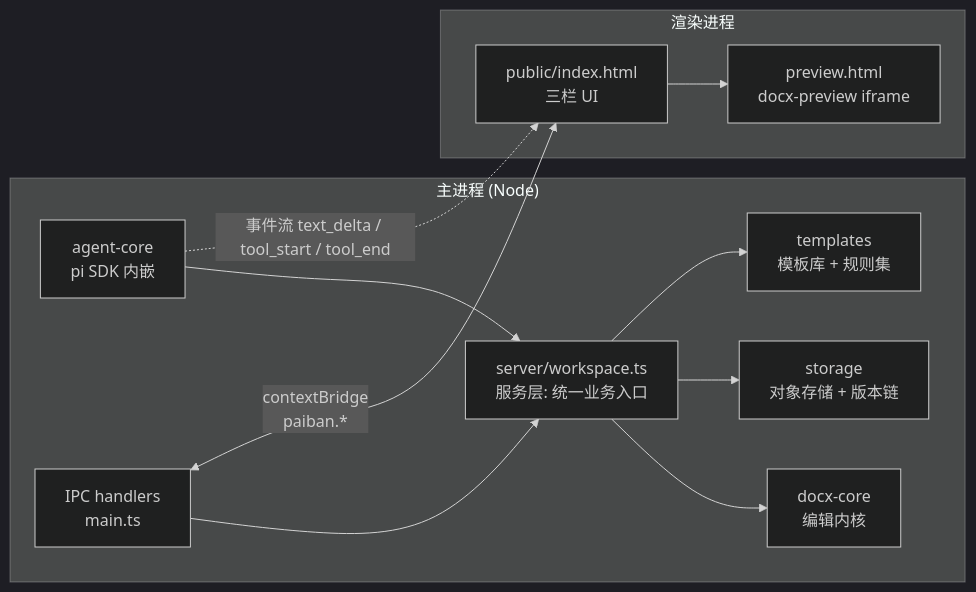
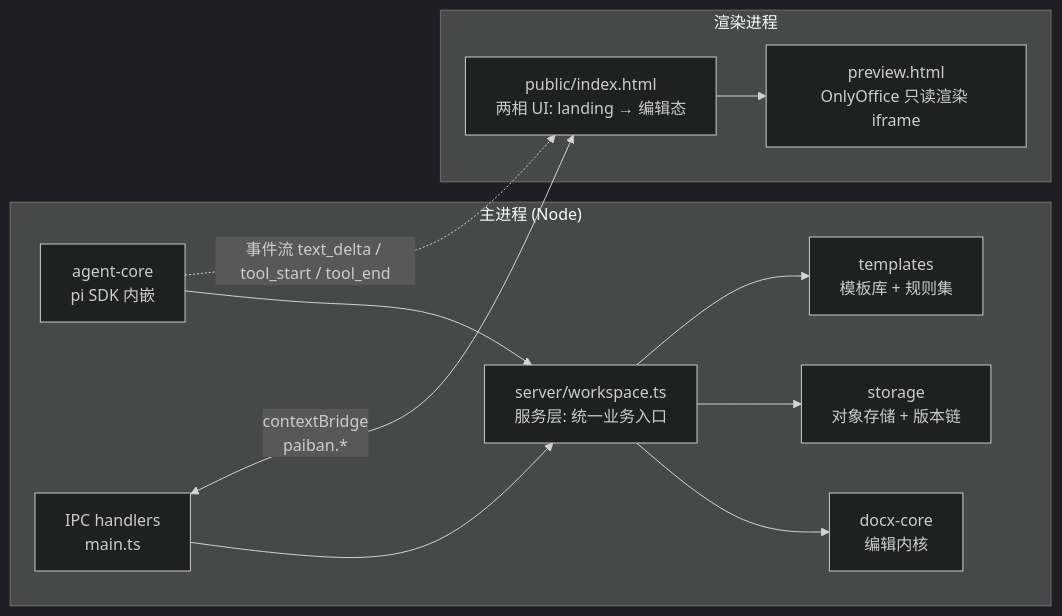
One commit to UnknownObject777/paiban-studio changed the diagram in README.md. Above: the diagram before and after it, drawn with Mermaid (dark theme). The commit also changed other lines of this file, not shown here.

Commit message:
docs(readme): 痛点定位（vs 脚本式 AI 排版）+ 两相交互/OnlyOffice 进度同步 + 下一期 roadmap（markdown+模板→docx）

````diff
--- a/README.md
+++ b/README.md
@@ -145,15 +170,15 @@
 ```mermaid
 flowchart LR
   subgraph Main["主进程 (Node)"]
     A[server/workspace.ts<br/>服务层: 统一业务入口] --> B[docx-core<br/>编辑内核]
     A --> C[storage<br/>对象存储 + 版本链]
     A --> D[templates<br/>模板库 + 规则集]
     E[agent-core<br/>pi SDK 内嵌] --> A
     F[IPC handlers<br/>main.ts] --> A
   end
   subgraph Renderer["渲染进程"]
-    G[public/index.html<br/>三栏 UI] --> H[preview.html<br/>docx-preview iframe]
+    G[public/index.html<br/>两相 UI: landing → 编辑态] --> H[preview.html<br/>OnlyOffice 只读渲染 iframe]
   end
   F <-->|contextBridge<br/>paiban.*| G
   E -. 事件流 text_delta / tool_start / tool_end .-> G
 ```
````
